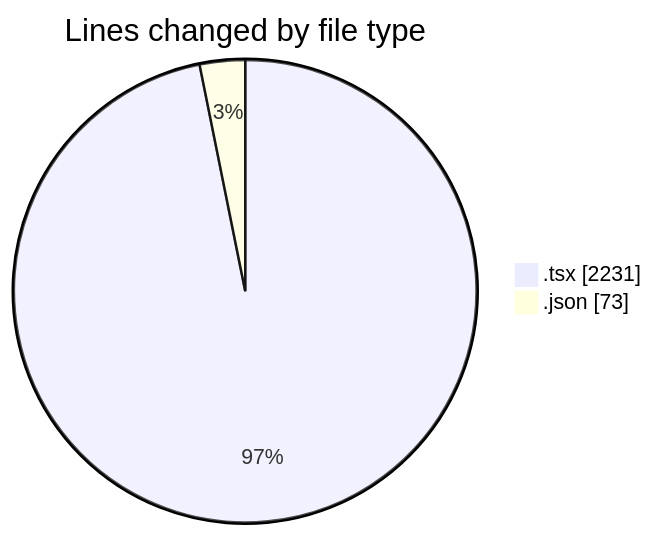
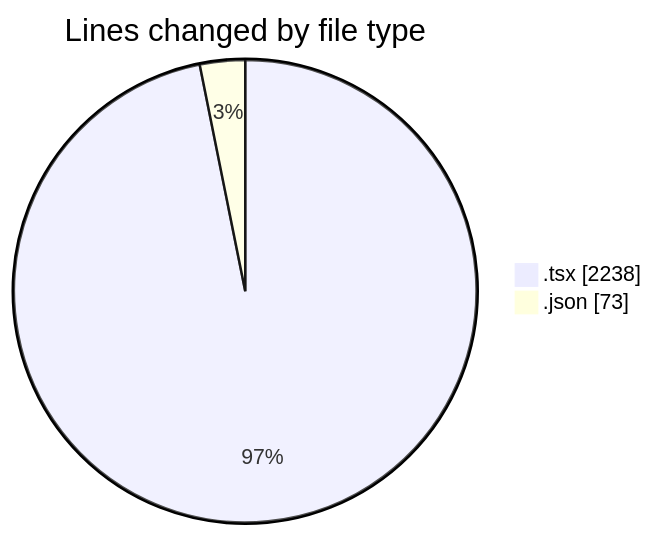
The first of 2 diagrams in 2025-10-02/cda/README.md (momahboobian/code-tracking), drawn with Mermaid before and after one commit. The commit also changed other lines of this file and 1 other file, not shown here.

````diff
--- a/2025-10-02/cda/README.md
+++ b/2025-10-02/cda/README.md
@@ -23,6 +23,6 @@
 ```mermaid
 pie showData
 title Lines changed by file type
-".tsx" : 2231
+".tsx" : 2238
 ".json" : 73
 ```
````
